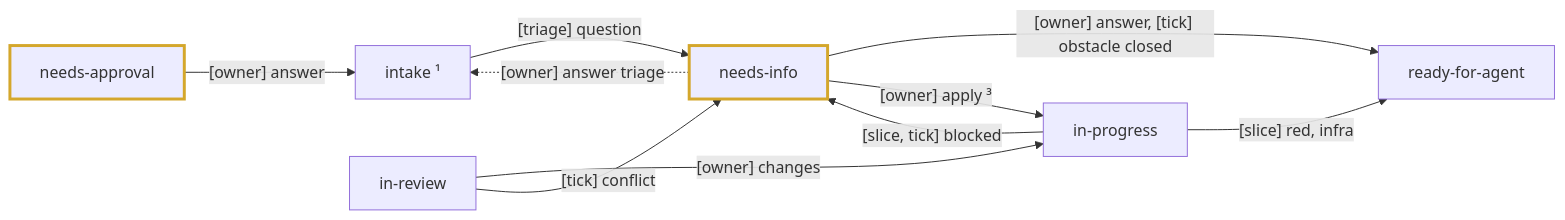
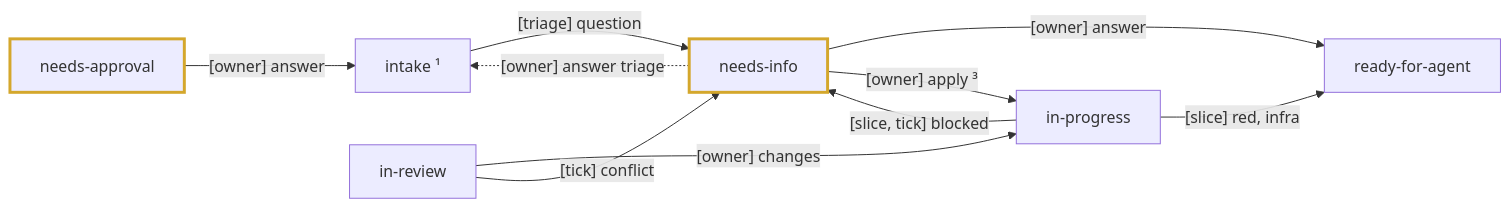
Before and after one commit to dvalnn/maestro: the fifth of 5 diagrams in docs/agents/factory.md, drawn with Mermaid. The commit also changed other lines of this file and 9 other files, not shown here.

````diff
--- a/docs/agents/factory.md
+++ b/docs/agents/factory.md
@@ -192,15 +193,15 @@
 ```mermaid
 flowchart LR
     IN["intake ¹"] -->|"[triage] question"| NI["needs-info"]
     NA["needs-approval"] -->|"[owner] answer"| IN
     IP["in-progress"] -->|"[slice, tick] blocked"| NI
-    NI -->|"[owner] answer, [tick] obstacle closed"| RA["ready-for-agent"]
+    NI -->|"[owner] answer"| RA["ready-for-agent"]
     NI -.->|"[owner] answer triage"| IN
     NI -->|"[owner] apply ³"| IP
     IP -->|"[slice] red, infra"| RA
     IR["in-review"] -->|"[owner] changes"| IP
     IR -->|"[tick] conflict"| NI
 
     classDef owner stroke:#d4a72c,stroke-width:3px
     class NA,NI owner
 ```
````
